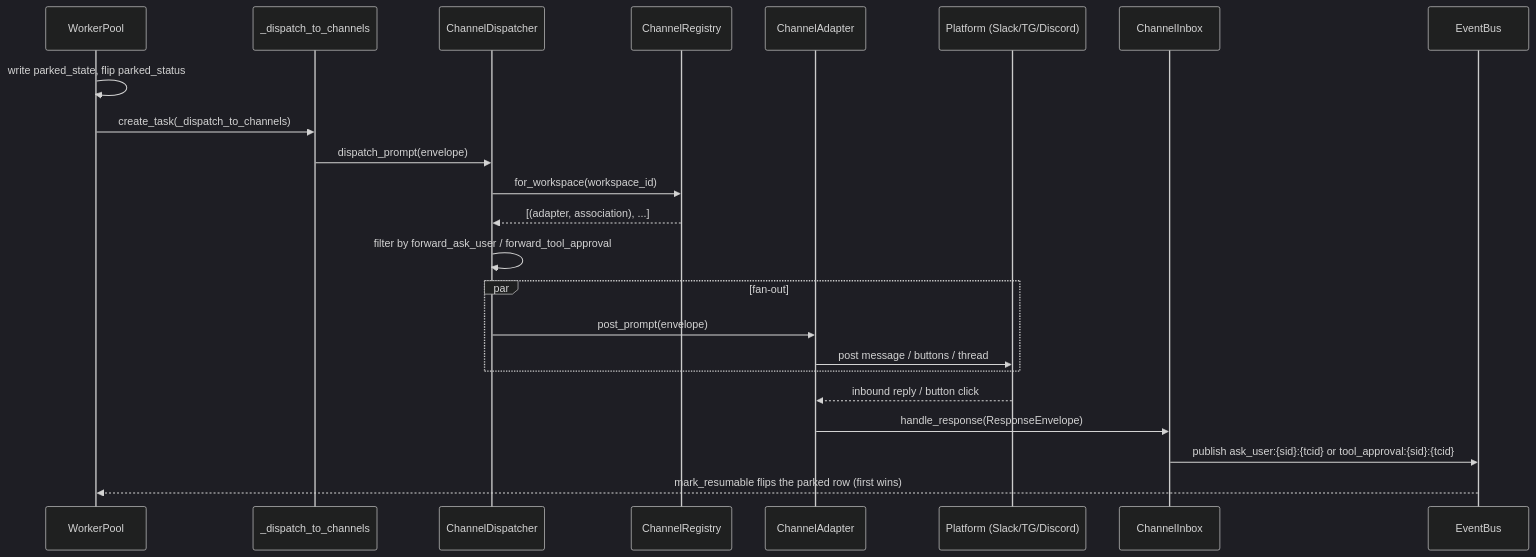
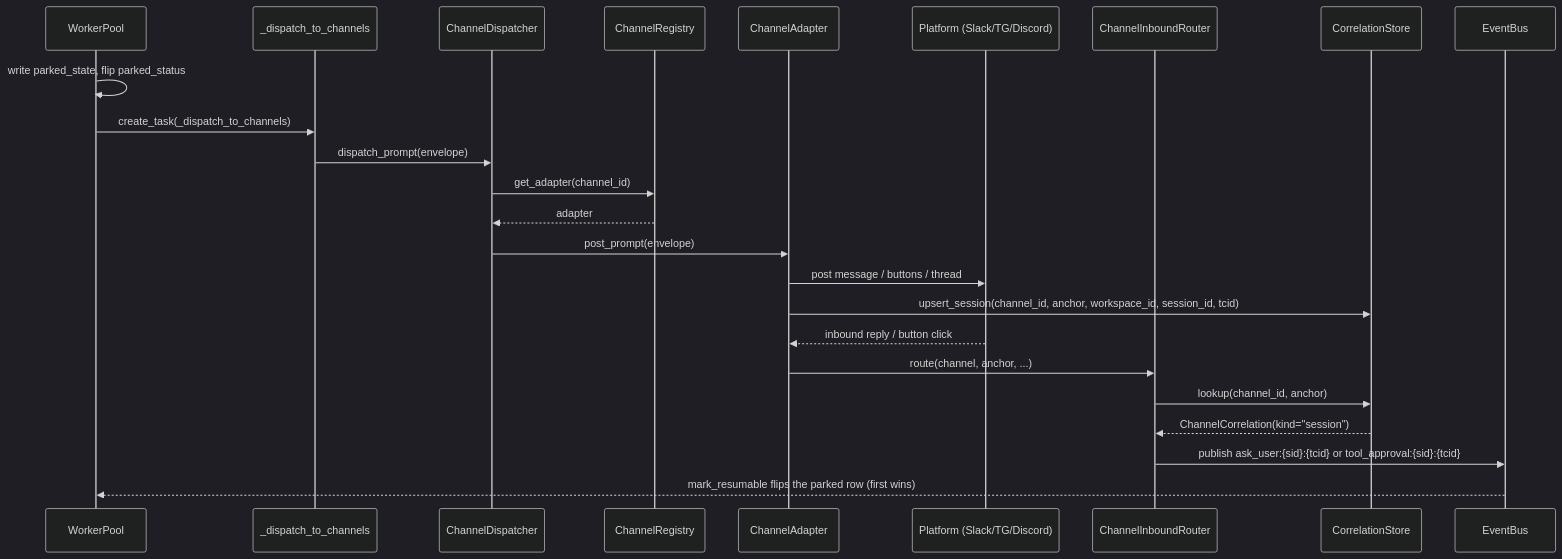
Before and after one commit to primerhq/primer: the second of 2 diagrams in docs/dev/subsystems/channels.md, drawn with Mermaid (dark theme). The commit also changed other lines of this file and 7 other files, not shown here.

Commit message:
docs: channel config + workspace association redesign; primectl + fixtures

````diff
--- a/docs/dev/subsystems/channels.md
+++ b/docs/dev/subsystems/channels.md
@@ -83,26 +96,27 @@
 ```mermaid
 sequenceDiagram
     participant Worker as WorkerPool
     participant YR as _dispatch_to_channels
     participant Disp as ChannelDispatcher
     participant Reg as ChannelRegistry
     participant Ad as ChannelAdapter
     participant Plat as Platform (Slack/TG/Discord)
-    participant Inbox as ChannelInbox
+    participant IR as ChannelInboundRouter
+    participant CS as CorrelationStore
     participant Bus as EventBus
 
     Worker->>Worker: write parked_state, flip parked_status
     Worker->>YR: create_task(_dispatch_to_channels)
     YR->>Disp: dispatch_prompt(envelope)
-    Disp->>Reg: for_workspace(workspace_id)
-    Reg-->>Disp: [(adapter, association), ...]
-    Disp->>Disp: filter by forward_ask_user / forward_tool_approval
-    par fan-out
-        Disp->>Ad: post_prompt(envelope)
-        Ad->>Plat: post message / buttons / thread
-    end
+    Disp->>Reg: get_adapter(channel_id)
+    Reg-->>Disp: adapter
+    Disp->>Ad: post_prompt(envelope)
+    Ad->>Plat: post message / buttons / thread
+    Ad->>CS: upsert_session(channel_id, anchor, workspace_id, session_id, tcid)
     Plat-->>Ad: inbound reply / button click
-    Ad->>Inbox: handle_response(ResponseEnvelope)
-    Inbox->>Bus: publish ask_user:{sid}:{tcid} or tool_approval:{sid}:{tcid}
+    Ad->>IR: route(channel, anchor, ...)
+    IR->>CS: lookup(channel_id, anchor)
+    CS-->>IR: ChannelCorrelation(kind="session")
+    IR->>Bus: publish ask_user:{sid}:{tcid} or tool_approval:{sid}:{tcid}
     Bus-->>Worker: mark_resumable flips the parked row (first wins)
 ```
````
